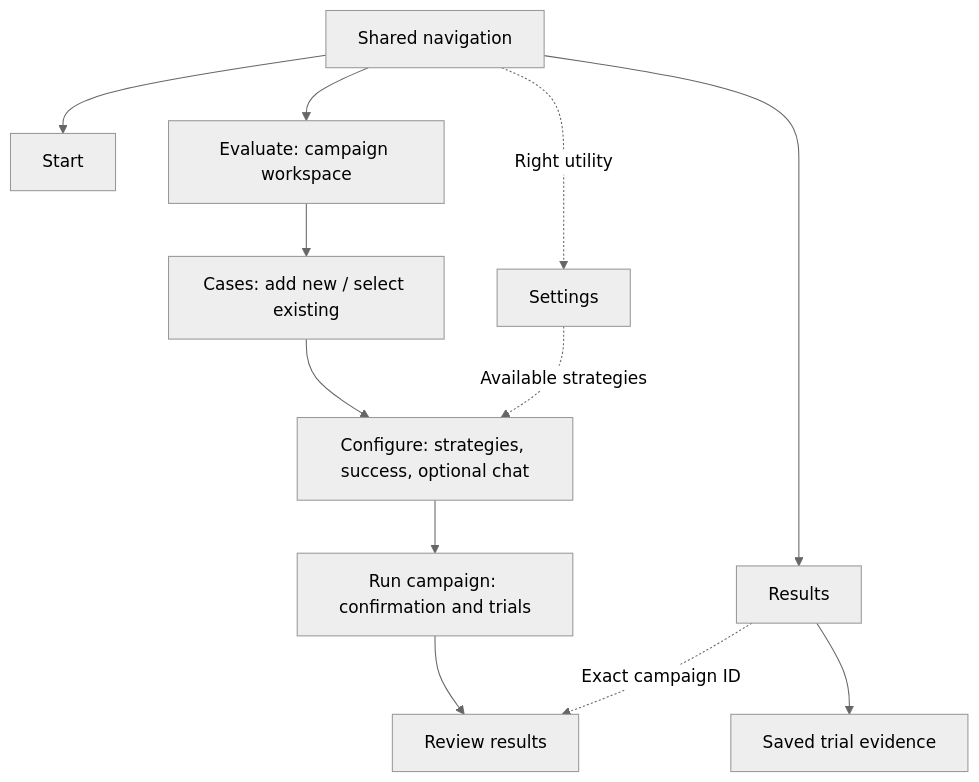
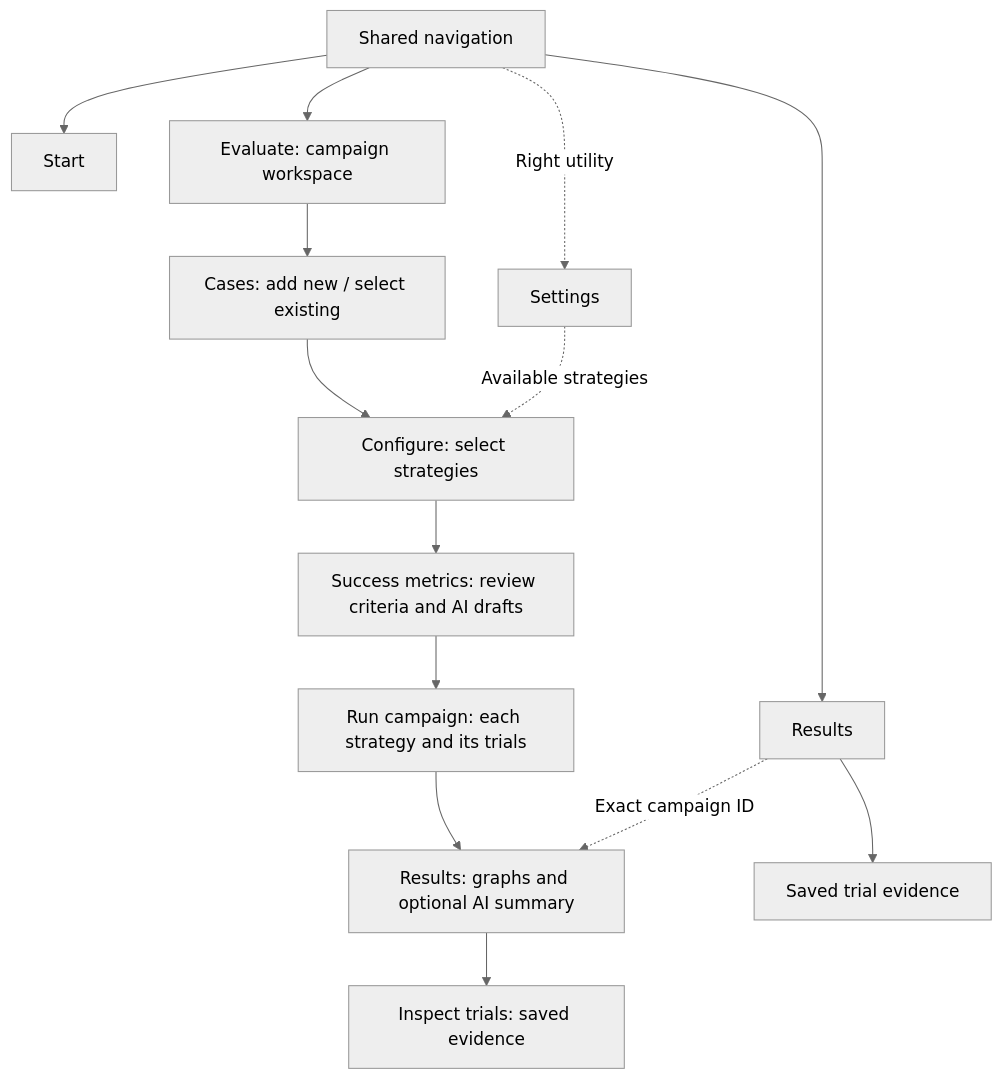
Before and after one commit to niksacdev/rove: the first of 3 diagrams in docs/architecture/ADR-025-workflow-navigation.md, drawn with Mermaid (neutral theme). The commit also changed other lines of this file and 26 other files, not shown here.

Commit message:
Add AI-assisted success metrics and visual campaign outcomes (#23)

````diff
--- a/docs/architecture/ADR-025-workflow-navigation.md
+++ b/docs/architecture/ADR-025-workflow-navigation.md
@@ -28,14 +29,16 @@
 ```mermaid
 flowchart TD
     N["Shared navigation"] --> S["Start"]
     N --> E["Evaluate: campaign workspace"]
     N --> R["Results"]
     N -. Right utility .-> U["Settings"]
     E --> C["Cases: add new / select existing"]
-    C --> F["Configure: strategies, success, optional chat"]
-    F --> L["Run campaign: confirmation and trials"]
-    L --> V["Review results"]
+    C --> F["Configure: select strategies"]
+    F --> M["Success metrics: review criteria and AI drafts"]
+    M --> L["Run campaign: each strategy and its trials"]
+    L --> V["Results: graphs and optional AI summary"]
+    V --> I["Inspect trials: saved evidence"]
     R --> T["Saved trial evidence"]
     R -. Exact campaign ID .-> V
     U -. Available strategies .-> F
 ```
````
